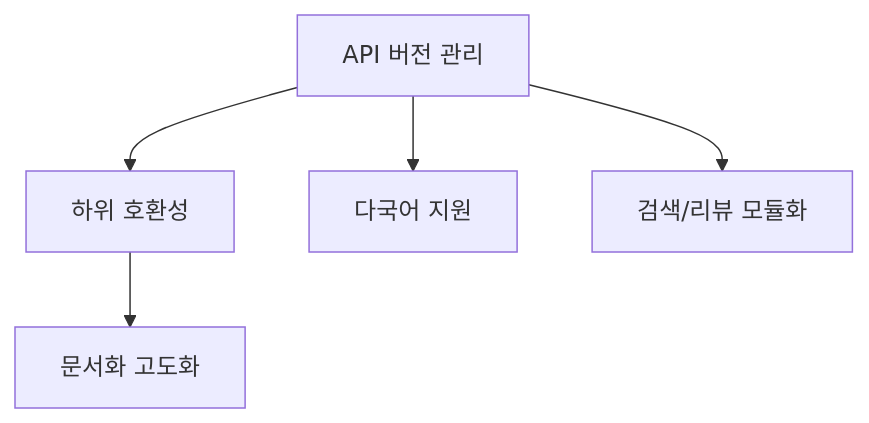
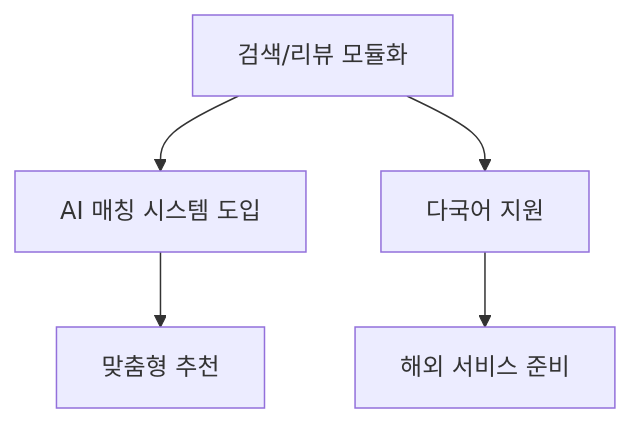
One commit to dooseob/LightCare changed diagram 11 of 13 in docs/발표자료/프로젝트발표자료.md. Above: the diagram before and after it, drawn with Mermaid. The commit also changed other lines of this file and 6 other files, not shown here.

````diff
--- a/docs/발표자료/프로젝트발표자료.md
+++ b/docs/발표자료/프로젝트발표자료.md
@@ -108,7 +114,7 @@
 ```mermaid
 graph TD
-    A[API 버전 관리] --> B[하위 호환성]
-    B --> C[문서화 고도화]
+    A[검색/리뷰 모듈화] --> B[AI 매칭 시스템 도입]
+    B --> C[맞춤형 추천]
     A --> D[다국어 지원]
-    A --> E[검색/리뷰 모듈화]
+    D --> E[해외 서비스 준비]
 ```
````
